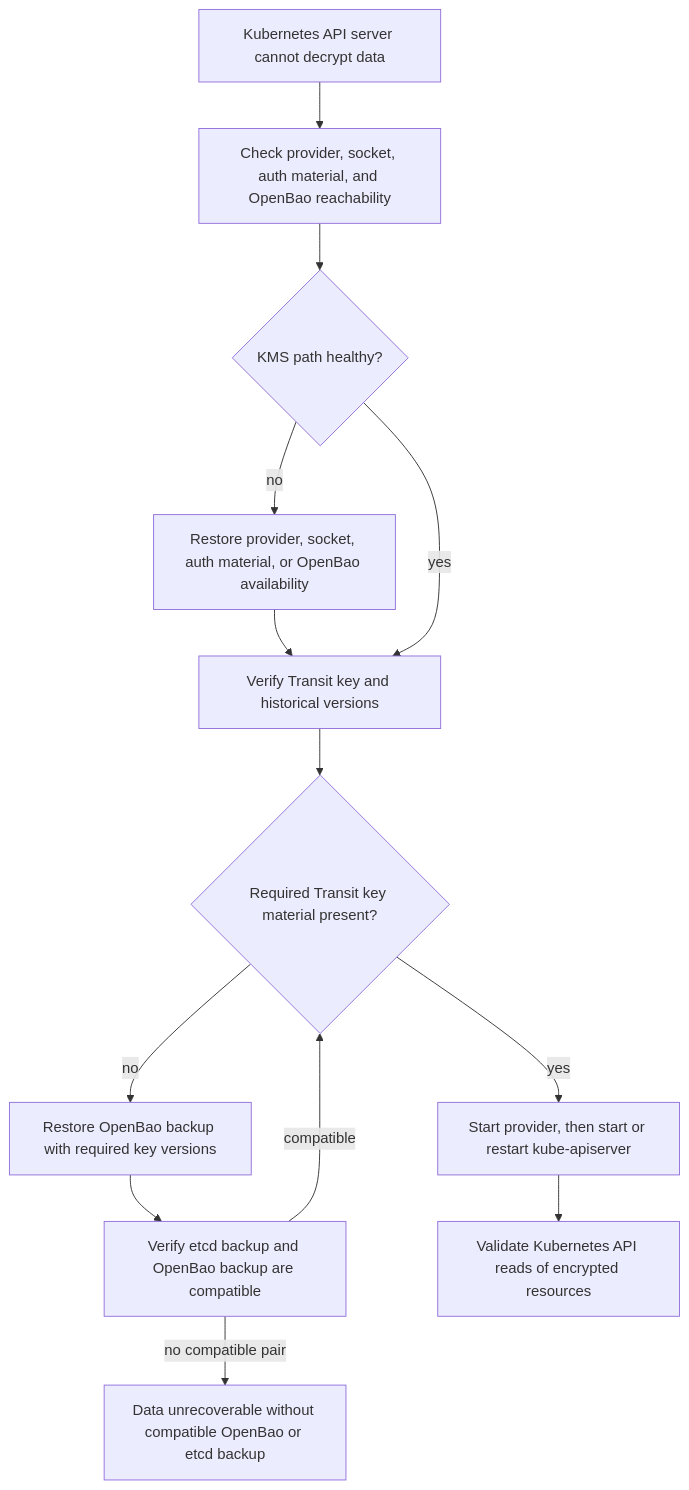
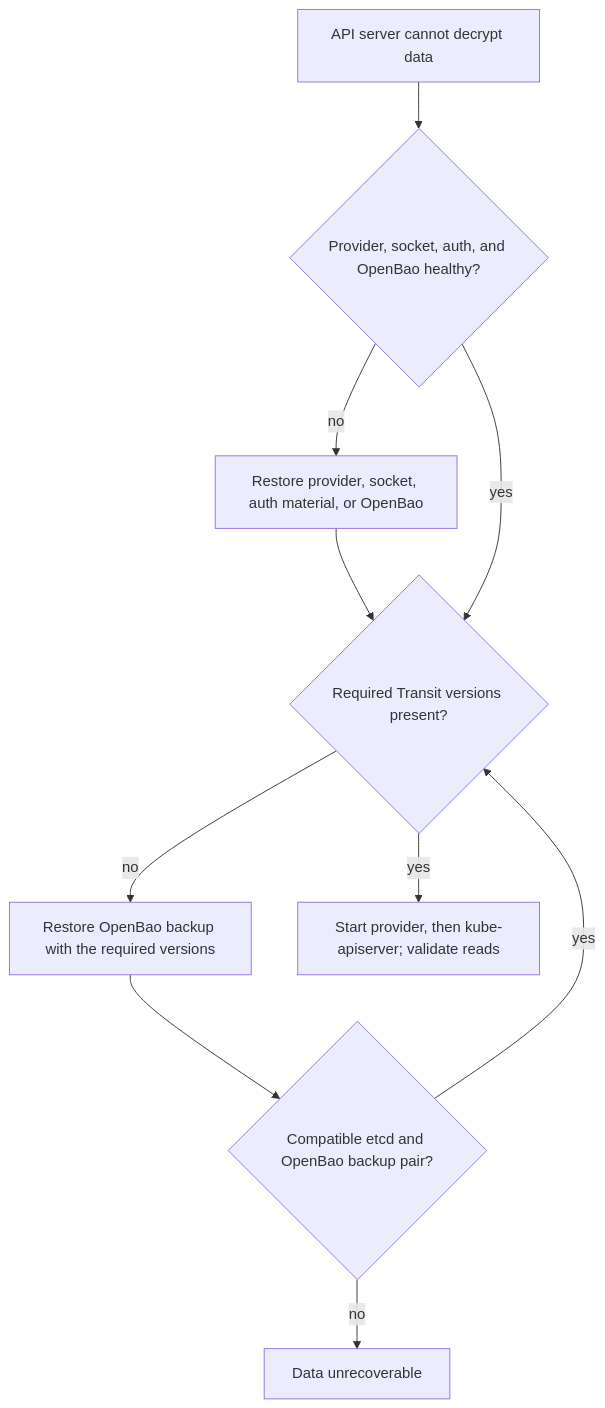
The diagram in docs/operate/disaster-recovery.md (dc-tec/openbao-kubernetes-kms), drawn with Mermaid before and after one commit. The commit also changed other lines of this file and 9 other files, not shown here.

````diff
--- a/docs/operate/disaster-recovery.md
+++ b/docs/operate/disaster-recovery.md
@@ -47,26 +67,19 @@
 ```mermaid
 flowchart TD
-    Incident["Kubernetes API server cannot decrypt data"]
-    CheckKMS["Check provider, socket, auth material, and OpenBao reachability"]
-    KMSHealthy{"KMS path healthy?"}
-    RestoreRuntime["Restore provider, socket, auth material, or OpenBao availability"]
-    CheckKey["Verify Transit key and historical versions"]
-    KeyPresent{"Required Transit key material present?"}
-    RestoreBao["Restore OpenBao backup with required key versions"]
-    CheckPair["Verify etcd backup and OpenBao backup are compatible"]
-    StartAPI["Start provider, then start or restart kube-apiserver"]
-    Validate["Validate Kubernetes API reads of encrypted resources"]
-    DataLoss["Data unrecoverable without compatible OpenBao or etcd backup"]
+    Incident["API server cannot decrypt data"]
+    KMSHealthy{"Provider, socket, auth, and OpenBao healthy?"}
+    RestoreRuntime["Restore provider, socket, auth material, or OpenBao"]
+    KeyPresent{"Required Transit versions present?"}
+    RestoreBao["Restore OpenBao backup with the required versions"]
+    CheckPair{"Compatible etcd and OpenBao backup pair?"}
+    StartAPI["Start provider, then kube-apiserver; validate reads"]
+    DataLoss["Data unrecoverable"]
 
-    Incident --> CheckKMS --> KMSHealthy
-    KMSHealthy -->|no| RestoreRuntime
-    RestoreRuntime --> CheckKey
-    KMSHealthy -->|yes| CheckKey
-    CheckKey --> KeyPresent
+    Incident --> KMSHealthy
+    KMSHealthy -->|no| RestoreRuntime --> KeyPresent
+    KMSHealthy -->|yes| KeyPresent
     KeyPresent -->|yes| StartAPI
-    StartAPI --> Validate
-    KeyPresent -->|no| RestoreBao
-    RestoreBao --> CheckPair
-    CheckPair -->|compatible| KeyPresent
-    CheckPair -->|no compatible pair| DataLoss
+    KeyPresent -->|no| RestoreBao --> CheckPair
+    CheckPair -->|yes| KeyPresent
+    CheckPair -->|no| DataLoss
 ```
````
